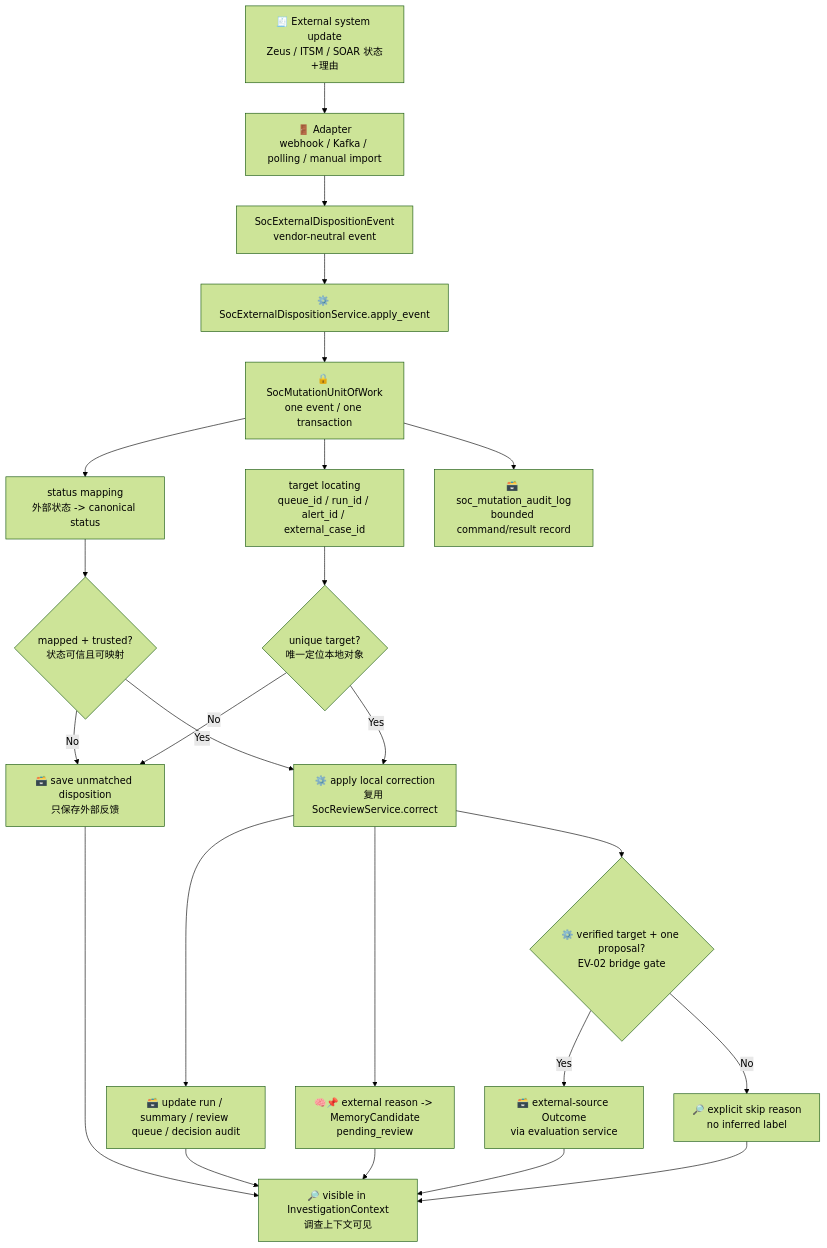
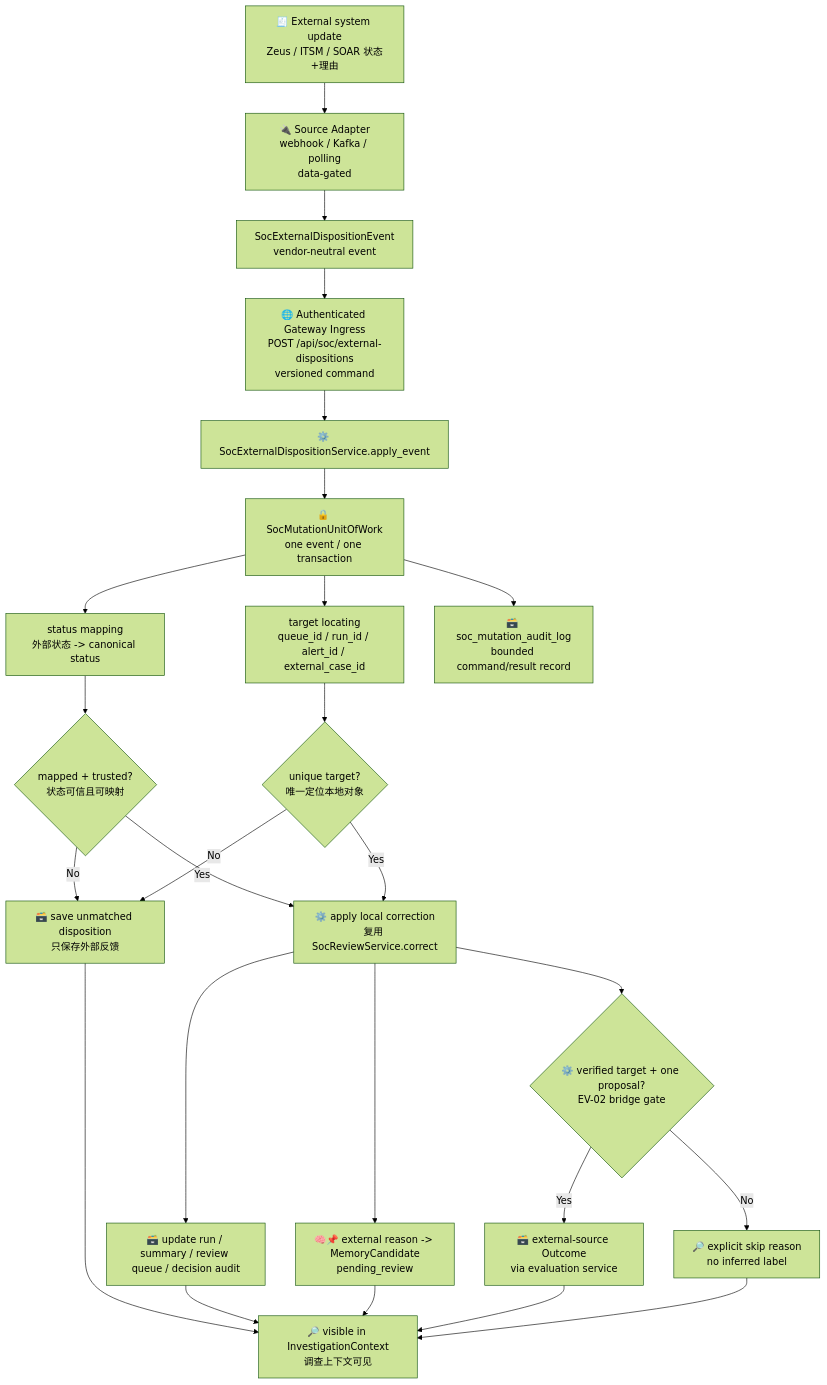
Diagram 12 of 20 in .notes/ai_soc/alert-lifecycle-flow.md (yydspanda/deer-flow), drawn with Mermaid (forest theme) before and after one commit. The commit also changed other lines of this file and 25 other files, not shown here.

Commit message:
feat(soc): version ingestion and external feedback

````diff
--- a/.notes/ai_soc/alert-lifecycle-flow.md
+++ b/.notes/ai_soc/alert-lifecycle-flow.md
@@ -521,29 +524,30 @@
 ```mermaid
 flowchart TD
-    A["🧾 External system update<br/>Zeus / ITSM / SOAR 状态+理由"] --> B["🚪 Adapter<br/>webhook / Kafka / polling / manual import"]
+    A["🧾 External system update<br/>Zeus / ITSM / SOAR 状态+理由"] --> B["🔌 Source Adapter<br/>webhook / Kafka / polling<br/>data-gated"]
     B --> C["SocExternalDispositionEvent<br/>vendor-neutral event"]
-    C --> D["⚙️ SocExternalDispositionService.apply_event"]
+    C --> C1["🌐 Authenticated Gateway Ingress<br/>POST /api/soc/external-dispositions<br/>versioned command"]
+    C1 --> D["⚙️ SocExternalDispositionService.apply_event"]
     D --> TX["🔒 SocMutationUnitOfWork<br/>one event / one transaction"]
     TX --> E["status mapping<br/>外部状态 -> canonical status"]
     TX --> F["target locating<br/>queue_id / run_id / alert_id / external_case_id"]
 
     E --> G{"mapped + trusted?<br/>状态可信且可映射"}
     F --> H{"unique target?<br/>唯一定位本地对象"}
 
     G -->|No| I["🗃️ save unmatched disposition<br/>只保存外部反馈"]
     H -->|No| I
     G -->|Yes| J["⚙️ apply local correction<br/>复用 SocReviewService.correct"]
     H -->|Yes| J
 
     J --> K["🗃️ update run / summary / review queue / decision audit"]
     J --> L["🧠📌 external reason -> MemoryCandidate<br/>pending_review"]
     J --> N{"⚙️ verified target + one proposal?<br/>EV-02 bridge gate"}
     N -->|Yes| O["🗃️ external-source Outcome<br/>via evaluation service"]
     N -->|No| P["🔎 explicit skip reason<br/>no inferred label"]
     TX --> A1["🗃️ soc_mutation_audit_log<br/>bounded command/result record"]
     I --> M["🔎 visible in InvestigationContext<br/>调查上下文可见"]
     K --> M
     L --> M
     O --> M
     P --> M
 ```
````
